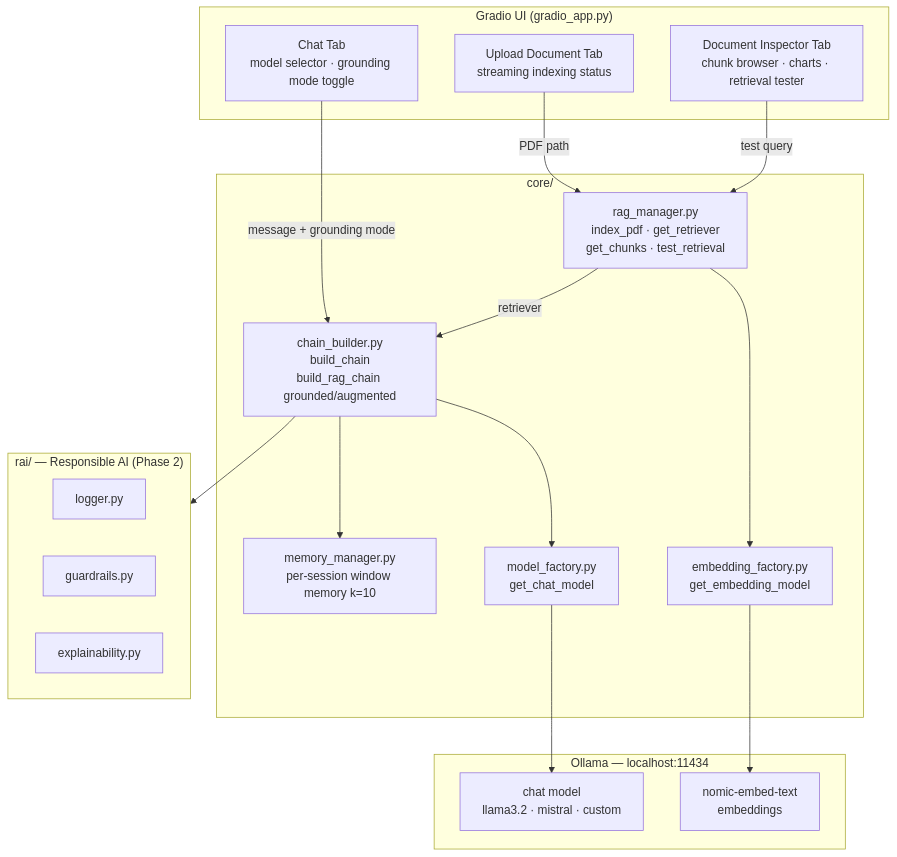
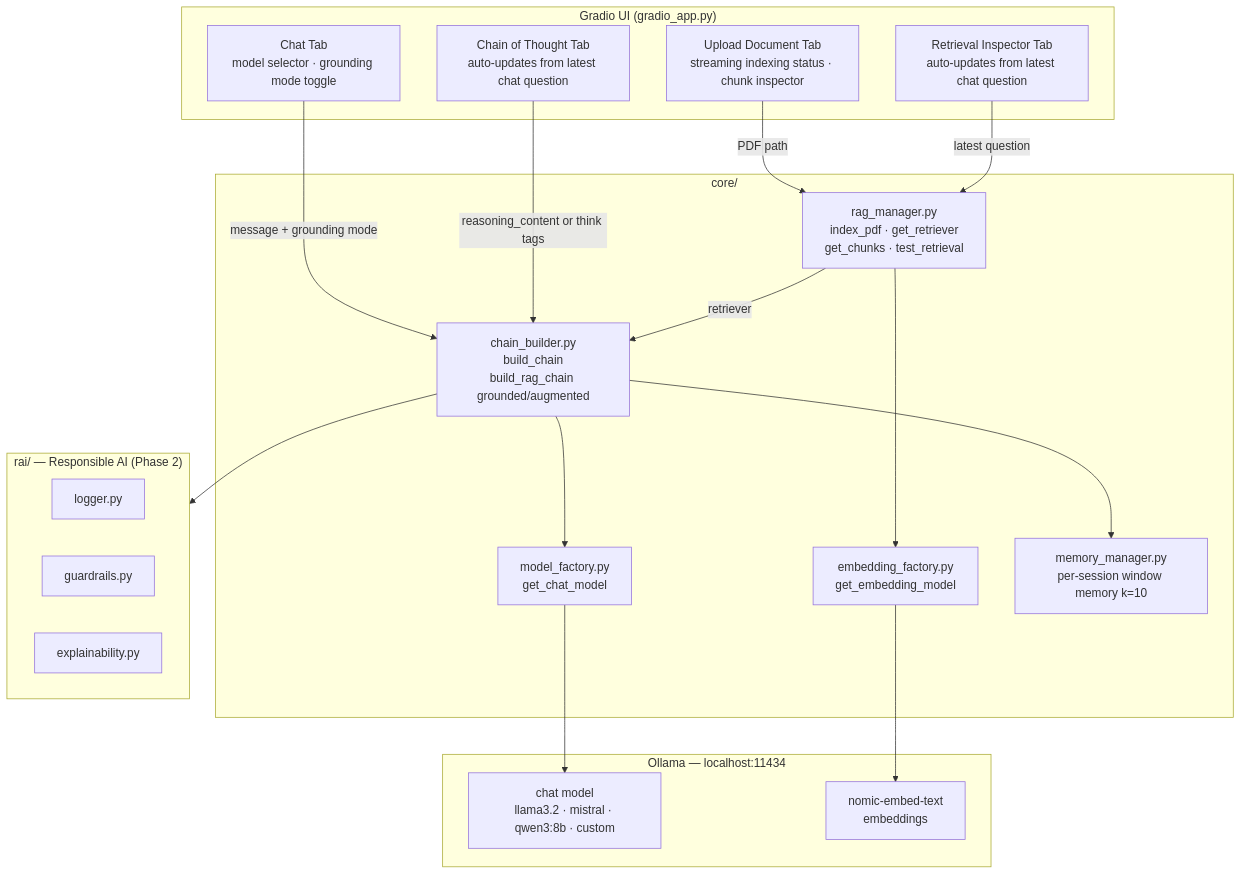
Before and after one commit to ramprasathsampathkumar/chat-sandbox: the fourth of 4 diagrams in ARCHITECTURE.md, drawn with Mermaid. The commit also changed other lines of this file and 3 other files, not shown here.

````diff
--- a/ARCHITECTURE.md
+++ b/ARCHITECTURE.md
@@ -90,36 +114,38 @@
 ```mermaid
 flowchart TD
     subgraph UI["Gradio UI (gradio_app.py)"]
         CHAT[Chat Tab\nmodel selector · grounding mode toggle]
-        UPLOAD[Upload Document Tab\nstreaming indexing status]
-        INSPECT[Document Inspector Tab\nchunk browser · charts · retrieval tester]
+        UPLOAD[Upload Document Tab\nstreaming indexing status · chunk inspector]
+        RETRIEVAL[Retrieval Inspector Tab\nauto-updates from latest chat question]
+        COT[Chain of Thought Tab\nauto-updates from latest chat question]
     end
 
     subgraph CORE["core/"]
         MF[model_factory.py\nget_chat_model]
         EF[embedding_factory.py\nget_embedding_model]
         CB[chain_builder.py\nbuild_chain\nbuild_rag_chain grounded/augmented]
         MM[memory_manager.py\nper-session window memory k=10]
         RM[rag_manager.py\nindex_pdf · get_retriever\nget_chunks · test_retrieval]
     end
 
     subgraph OLLAMA["Ollama — localhost:11434"]
-        LLM[chat model\nllama3.2 · mistral · custom]
+        LLM[chat model\nllama3.2 · mistral · qwen3:8b · custom]
         EMB[nomic-embed-text\nembeddings]
     end
 
     subgraph RAI["rai/ — Responsible AI (Phase 2)"]
         LOG[logger.py]
         GRD[guardrails.py]
         EXP[explainability.py]
     end
 
     CHAT -->|message + grounding mode| CB
     UPLOAD -->|PDF path| RM
-    INSPECT -->|test query| RM
+    RETRIEVAL -->|latest question| RM
+    COT -->|reasoning_content or think tags| CB
     CB --> MF --> LLM
     RM --> EF --> EMB
     RM -->|retriever| CB
     CB --> MM
     CB --> RAI
 ```
````
